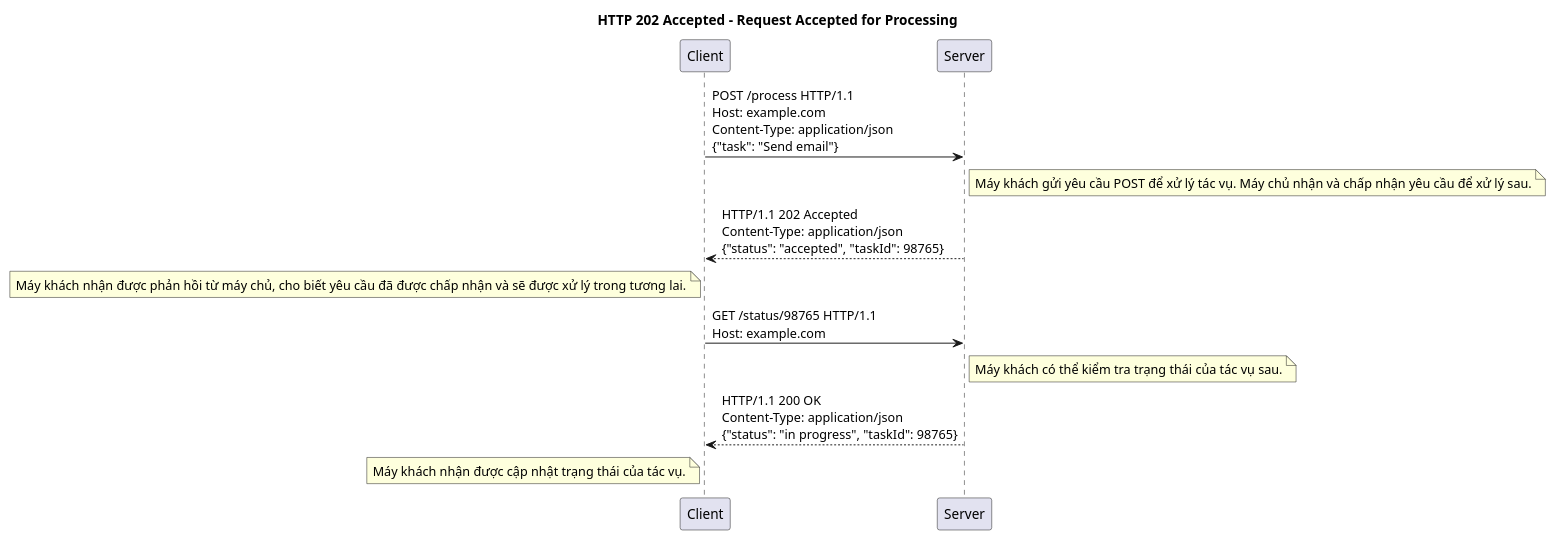
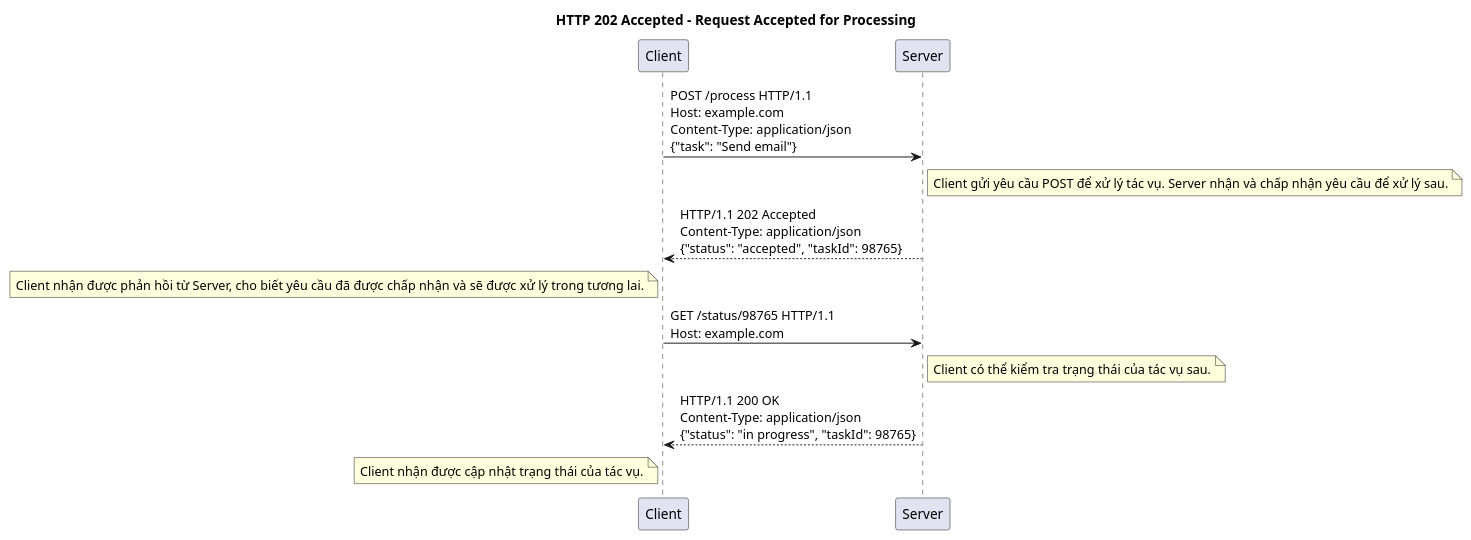
The fifth of 27 diagrams in packages/apps/src/blog/2024-12-05-y-nghia-cua-cac-http-status-code.md (thanhlv-com/thanhlv-blog), drawn with PlantUML before and after one commit. The commit also changed other lines of this file, not shown here.

````diff
--- a/packages/apps/src/blog/2024-12-05-y-nghia-cua-cac-http-status-code.md
+++ b/packages/apps/src/blog/2024-12-05-y-nghia-cua-cac-http-status-code.md
@@ -241,21 +241,21 @@
 ```plantuml
 @startuml
 
 title HTTP 202 Accepted - Request Accepted for Processing
 
 participant "Client" as C
 participant "Server" as S
 
 C -> S: POST /process HTTP/1.1\nHost: example.com\nContent-Type: application/json\n{"task": "Send email"}
-note right of S: Máy khách gửi yêu cầu POST để xử lý tác vụ. Máy chủ nhận và chấp nhận yêu cầu để xử lý sau.
+note right of S: Client gửi yêu cầu POST để xử lý tác vụ. Server nhận và chấp nhận yêu cầu để xử lý sau.
 
 S --> C: HTTP/1.1 202 Accepted\nContent-Type: application/json\n{"status": "accepted", "taskId": 98765}
-note left of C: Máy khách nhận được phản hồi từ máy chủ, cho biết yêu cầu đã được chấp nhận và sẽ được xử lý trong tương lai.
+note left of C: Client nhận được phản hồi từ Server, cho biết yêu cầu đã được chấp nhận và sẽ được xử lý trong tương lai.
 
 C -> S: GET /status/98765 HTTP/1.1\nHost: example.com
-note right of S: Máy khách có thể kiểm tra trạng thái của tác vụ sau.
+note right of S: Client có thể kiểm tra trạng thái của tác vụ sau.
 
 S --> C: HTTP/1.1 200 OK\nContent-Type: application/json\n{"status": "in progress", "taskId": 98765}
-note left of C: Máy khách nhận được cập nhật trạng thái của tác vụ.
+note left of C: Client nhận được cập nhật trạng thái của tác vụ.
 @enduml
 ```
````
